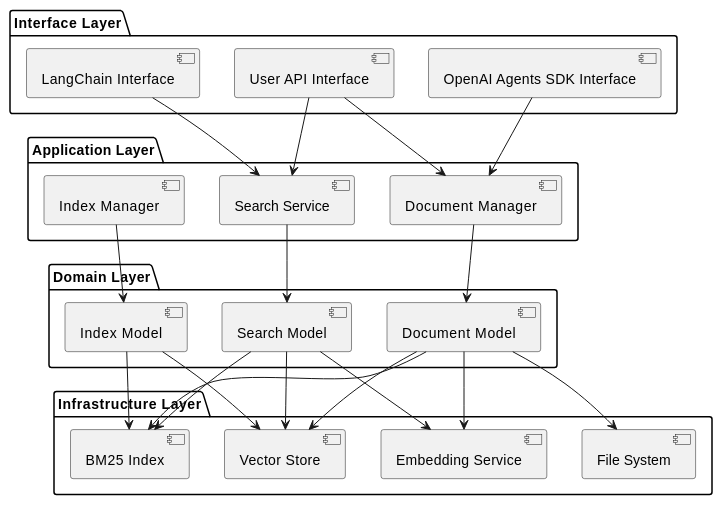
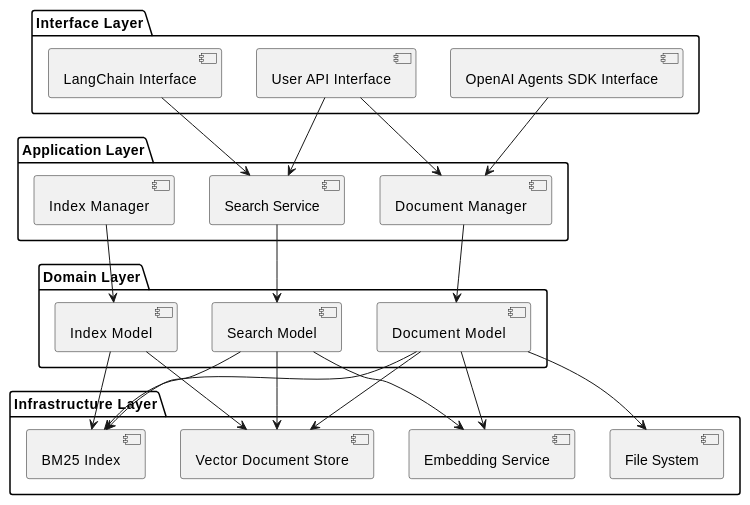
The first of 3 diagrams in docs/architecture.md (kitfactory/findaledge), drawn with PlantUML before and after one commit. The commit also changed other lines of this file and 32 other files, not shown here.

````diff
--- a/docs/architecture.md
+++ b/docs/architecture.md
@@ -29,49 +29,49 @@
 ```plantuml
 @startuml
 package "Interface Layer" {
     [OpenAI Agents SDK Interface]
     [LangChain Interface]
     [User API Interface]
 }
 
 package "Application Layer" {
     [Document Manager]
     [Search Service]
     [Index Manager]
 }
 
 package "Domain Layer" {
     [Document Model]
     [Index Model]
     [Search Model]
 }
 
 package "Infrastructure Layer" {
-    [Vector Store]
+    [Vector Document Store]
     [BM25 Index]
     [File System]
     [Embedding Service]
 }
 
 [OpenAI Agents SDK Interface] --> [Document Manager]
 [LangChain Interface] --> [Search Service]
 [User API Interface] --> [Document Manager]
 [User API Interface] --> [Search Service]
 
 [Document Manager] --> [Document Model]
 [Search Service] --> [Search Model]
 [Index Manager] --> [Index Model]
 
-[Document Model] --> [Vector Store]
+[Document Model] --> [Vector Document Store]
 [Document Model] --> [BM25 Index]
 [Document Model] --> [File System]
 [Document Model] --> [Embedding Service]
 
-[Index Model] --> [Vector Store]
+[Index Model] --> [Vector Document Store]
 [Index Model] --> [BM25 Index]
 
-[Search Model] --> [Vector Store]
+[Search Model] --> [Vector Document Store]
 [Search Model] --> [BM25 Index]
 [Search Model] --> [Embedding Service]
 @enduml
 ```
````
